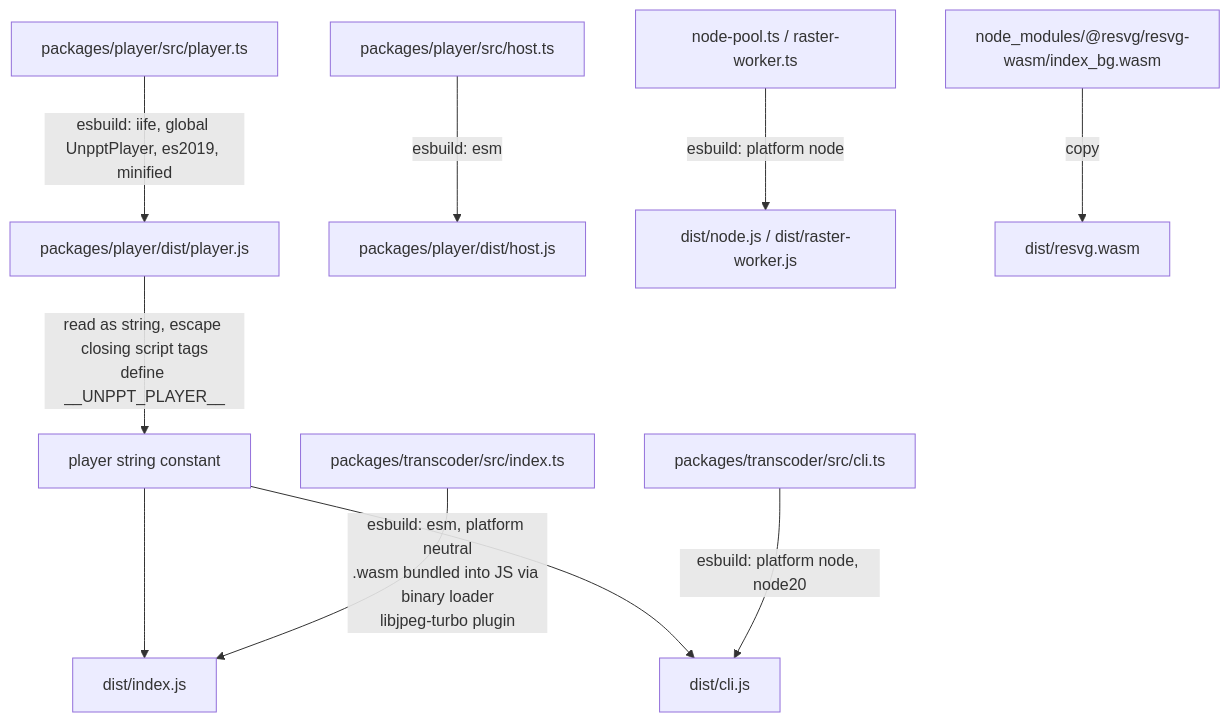
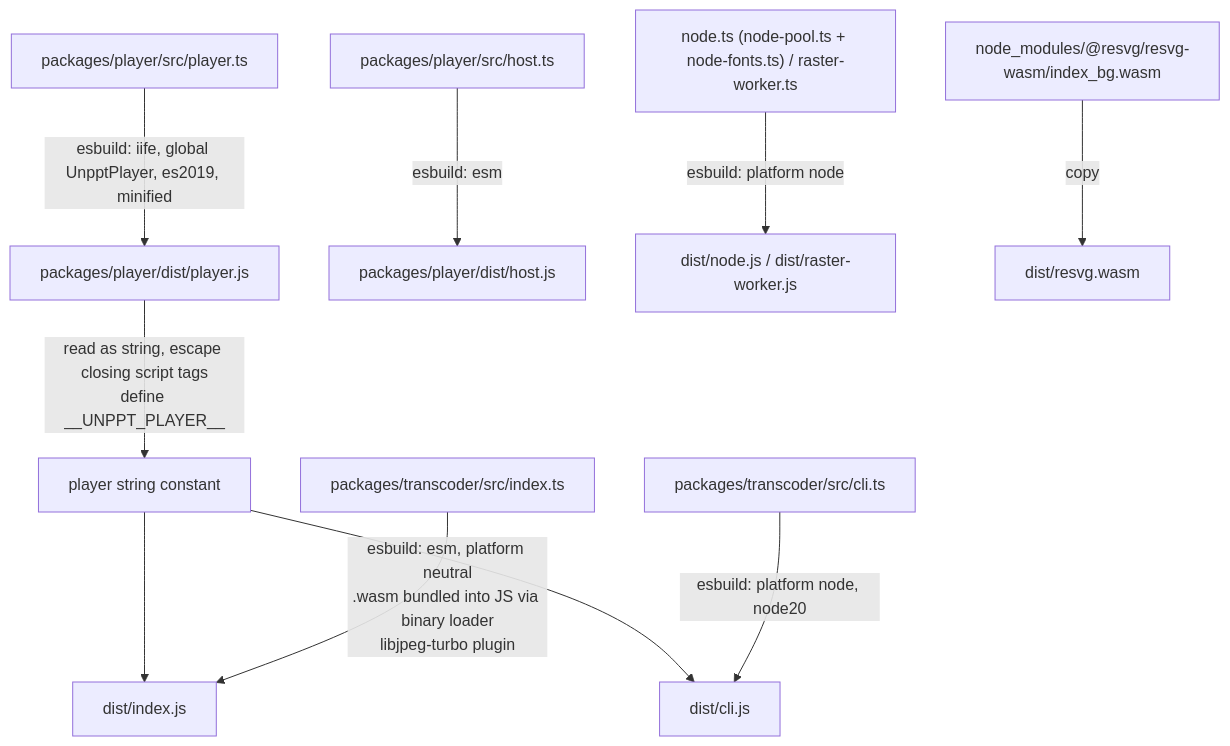
Before and after one commit to spitmaster/unppt: diagram 14 of 16 in docs/en/architecture.md, drawn with Mermaid. The commit also changed other lines of this file and 2 other files, not shown here.

Commit message:
docs: 架构文档对照 0.3.1 代码更新——字体包作为输入、checkFonts / cli-check.ts / node-fonts.ts、字体库 library.ts、可变字体实例、符号字体 cmap、图表文字字体 chart-fonts.ts、标点禁则 kinsoku.ts、出图按能画全文字选字体；效果数字换成 0.3.1 测试报告；去掉已全部完成的"重构前的问题"表和已解决的"可变字体"差距

````diff
--- a/docs/en/architecture.md
+++ b/docs/en/architecture.md
@@ -568,12 +570,12 @@
 ```mermaid
 flowchart TB
   ps["packages/player/src/player.ts"] -->|"esbuild: iife, global UnpptPlayer, es2019, minified"| pj["packages/player/dist/player.js"]
   hs["packages/player/src/host.ts"] -->|"esbuild: esm"| hj["packages/player/dist/host.js"]
   pj -->|"read as string, escape closing script tags<br/>define __UNPPT_PLAYER__"| def["player string constant"]
   def --> idx
   def --> cli
   ts["packages/transcoder/src/index.ts"] -->|"esbuild: esm, platform neutral<br/>.wasm bundled into JS via binary loader<br/>libjpeg-turbo plugin"| idx["dist/index.js"]
   cs["packages/transcoder/src/cli.ts"] -->|"esbuild: platform node, node20"| cli["dist/cli.js"]
-  np["node-pool.ts / raster-worker.ts"] -->|"esbuild: platform node"| nj["dist/node.js / dist/raster-worker.js"]
+  np["node.ts (node-pool.ts + node-fonts.ts) / raster-worker.ts"] -->|"esbuild: platform node"| nj["dist/node.js / dist/raster-worker.js"]
   rw["node_modules/@resvg/resvg-wasm/index_bg.wasm"] -->|"copy"| rv["dist/resvg.wasm"]
 ```
````
